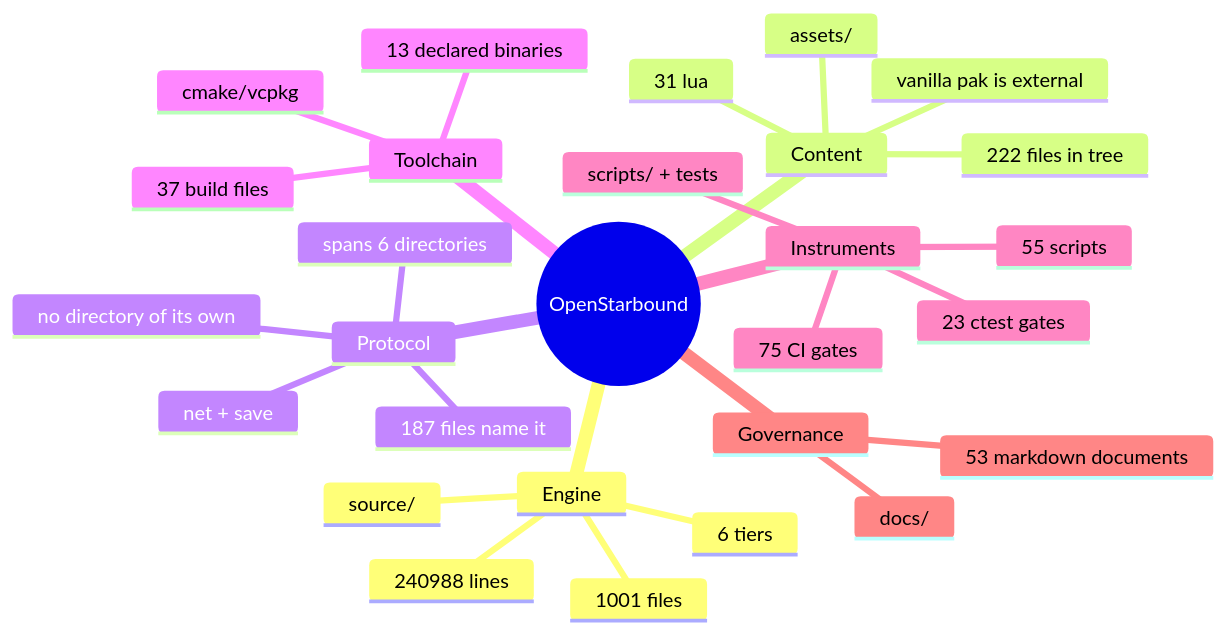
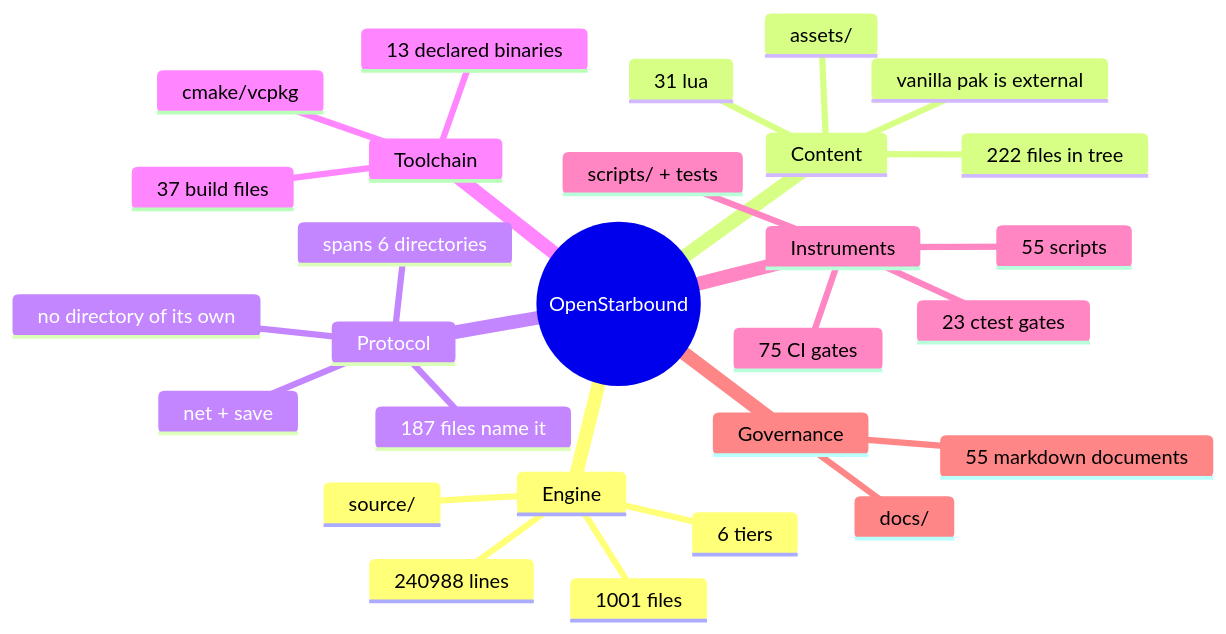
The second of 11 diagrams in docs/architecture/system-boundaries.md (apnex/OpenStarbound), drawn with Mermaid before and after one commit. The commit also changed 2 other files, not shown here.

First paragraph of the commit message:
[#274] CLOSED: the border lever is CONFIRMED, and it is the OFF arm that moved
Paired at 04-Ocean-Factory, 5 interleaved pairs + 1 discarded warm-up, against a
pre-registration committed BEFORE the run (85741414).

````diff
--- a/docs/architecture/system-boundaries.md
+++ b/docs/architecture/system-boundaries.md
@@ -166,31 +166,31 @@
 ```mermaid
 mindmap
   root((OpenStarbound))
     Engine
       source/
       1001 files
       240988 lines
       6 tiers
     Content
       assets/
       222 files in tree
       31 lua
       vanilla pak is external
     Protocol
       net + save
       187 files name it
       spans 6 directories
       no directory of its own
     Toolchain
       cmake/vcpkg
       37 build files
       13 declared binaries
     Instruments
       scripts/ + tests
       55 scripts
       23 ctest gates
       75 CI gates
     Governance
       docs/
-      53 markdown documents
+      55 markdown documents
 ```
````
